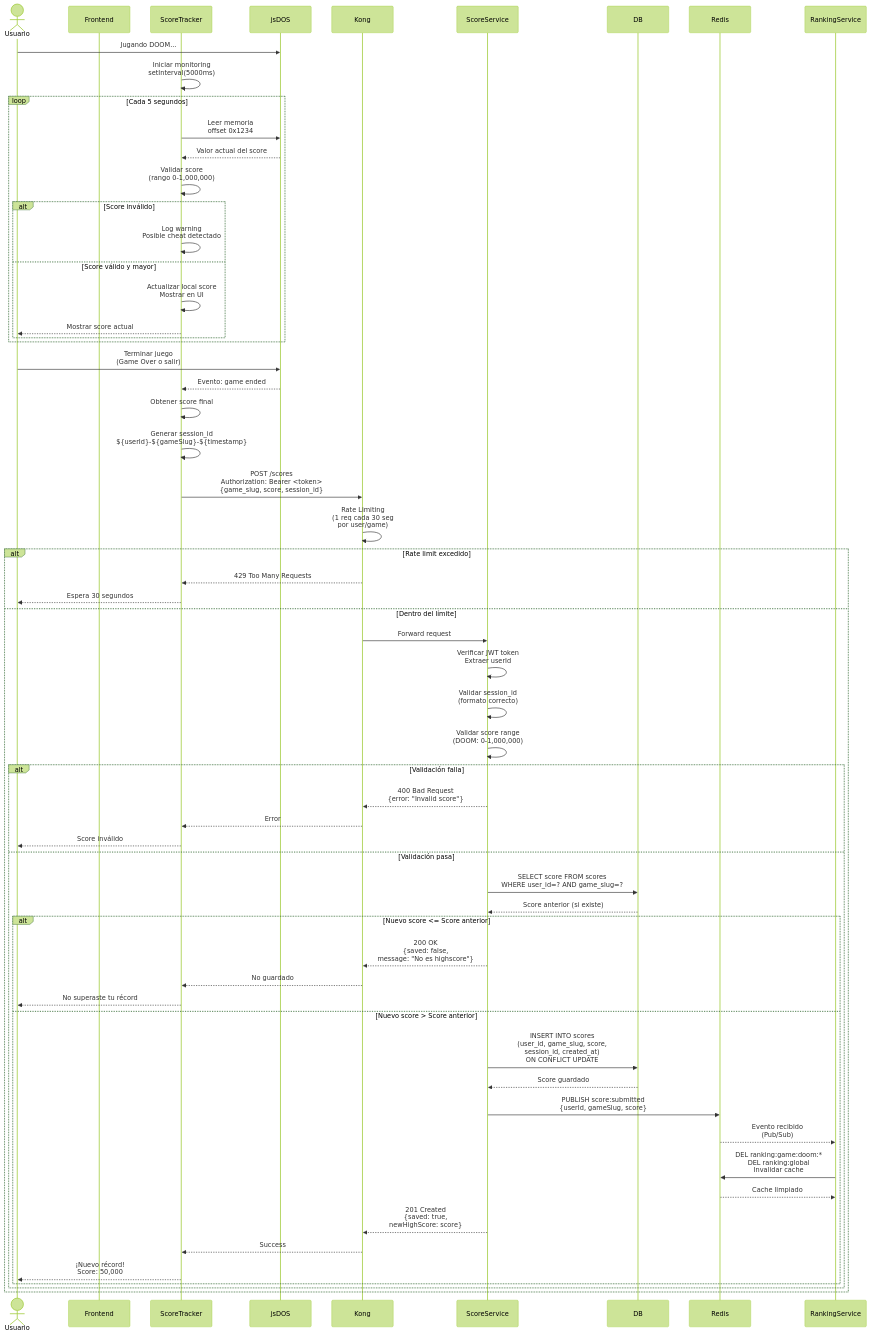
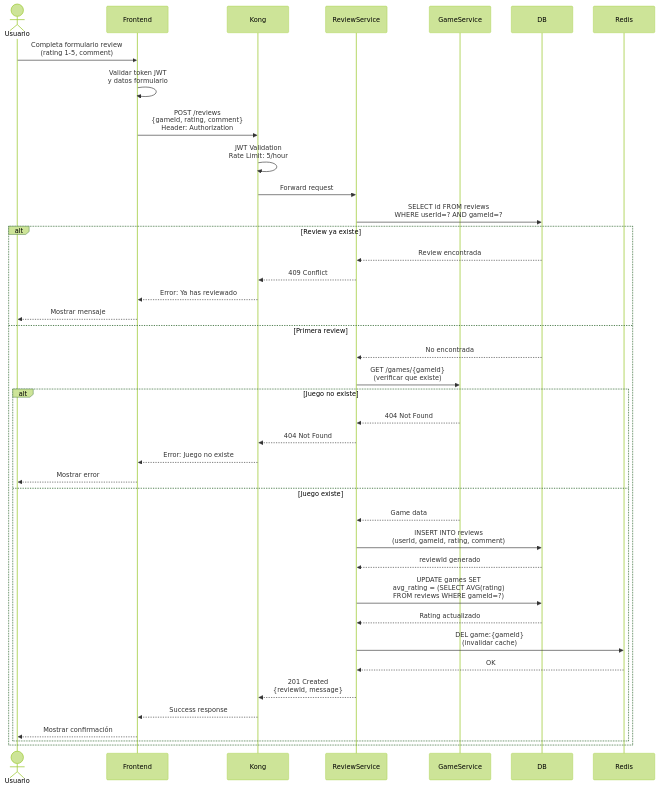
Before and after one commit to retrogamecloud/docs: the fifth of 7 diagrams in sequence-diagrams.mdx, drawn with Mermaid (forest theme). The commit also changed other lines of this file and 26 other files, not shown here.

````diff
--- a/sequence-diagrams.mdx
+++ b/sequence-diagrams.mdx
@@ -240,88 +213,54 @@
 sequenceDiagram
     actor Usuario
     participant Frontend
-    participant ScoreTracker
-    participant jsDOS
     participant Kong
-    participant ScoreService
+    participant ReviewService
+    participant GameService
     participant DB
     participant Redis
-    participant RankingService
 
-    Usuario->>jsDOS: Jugando DOOM...
+    Usuario->>Frontend: Completa formulario review<br/>(rating 1-5, comment)
 
-    ScoreTracker->>ScoreTracker: Iniciar monitoring<br/>setInterval(5000ms)
+    Frontend->>Frontend: Validar token JWT<br/>y datos formulario
 
-    loop Cada 5 segundos
-        ScoreTracker->>jsDOS: Leer memoria<br/>offset 0x1234
-        jsDOS-->>ScoreTracker: Valor actual del score
+    Frontend->>Kong: POST /reviews<br/>{gameId, rating, comment}<br/>Header: Authorization
 
-        ScoreTracker->>ScoreTracker: Validar score<br/>(rango 0-1,000,000)
+    Kong->>Kong: JWT Validation<br/>Rate Limit: 5/hour
 
-        alt Score inválido
-            ScoreTracker->>ScoreTracker: Log warning<br/>Posible cheat detectado
-        else Score válido y mayor
-            ScoreTracker->>ScoreTracker: Actualizar local score<br/>Mostrar en UI
-            ScoreTracker-->>Usuario: Mostrar score actual
+    Kong->>ReviewService: Forward request
+
+    ReviewService->>DB: SELECT id FROM reviews<br/>WHERE userId=? AND gameId=?
+
+    alt Review ya existe
+        DB-->>ReviewService: Review encontrada
+        ReviewService-->>Kong: 409 Conflict
+        Kong-->>Frontend: Error: Ya has reviewado
+        Frontend-->>Usuario: Mostrar mensaje
+    else Primera review
+        DB-->>ReviewService: No encontrada
+
+        ReviewService->>GameService: GET /games/{gameId}<br/>(verificar que existe)
+
+        alt Juego no existe
+            GameService-->>ReviewService: 404 Not Found
+            ReviewService-->>Kong: 404 Not Found
+            Kong-->>Frontend: Error: Juego no existe
+            Frontend-->>Usuario: Mostrar error
+        else Juego existe
+            GameService-->>ReviewService: Game data
+
+            ReviewService->>DB: INSERT INTO reviews<br/>(userId, gameId, rating, comment)
+            DB-->>ReviewService: reviewId generado
+
+            ReviewService->>DB: UPDATE games SET<br/>avg_rating = (SELECT AVG(rating)<br/>FROM reviews WHERE gameId=?)
+            DB-->>ReviewService: Rating actualizado
+
+            ReviewService->>Redis: DEL game:{gameId}<br/>(invalidar cache)
+            Redis-->>ReviewService: OK
+
+            ReviewService-->>Kong: 201 Created<br/>{reviewId, message}
+            Kong-->>Frontend: Success response
+            Frontend-->>Usuario: Mostrar confirmación
         end
     end
-
-    Usuario->>jsDOS: Terminar juego<br/>(Game Over o salir)
-
-    jsDOS-->>ScoreTracker: Evento: game ended
-
-    ScoreTracker->>ScoreTracker: Obtener score final
-    ScoreTracker->>ScoreTracker: Generar session_id<br/>${userId}-${gameSlug}-${timestamp}
-
-    ScoreTracker->>Kong: POST /scores<br/>Authorization: Bearer <token><br/>{game_slug, score, session_id}
-
-    Kong->>Kong: Rate Limiting<br/>(1 req cada 30 seg<br/>por user/game)
-
-    alt Rate limit excedido
-        Kong-->>ScoreTracker: 429 Too Many Requests
-        ScoreTracker-->>Usuario: Espera 30 segundos
-    else Dentro del límite
-        Kong->>ScoreService: Forward request
-
-        ScoreService->>ScoreService: Verificar JWT token<br/>Extraer userId
-
-        ScoreService->>ScoreService: Validar session_id<br/>(formato correcto)
-
-        ScoreService->>ScoreService: Validar score range<br/>(DOOM: 0-1,000,000)
-
-        alt Validación falla
-            ScoreService-->>Kong: 400 Bad Request<br/>{error: "Invalid score"}
-            Kong-->>ScoreTracker: Error
-            ScoreTracker-->>Usuario: Score inválido
-        else Validación pasa
-            ScoreService->>DB: SELECT score FROM scores<br/>WHERE user_id=? AND game_slug=?
-
-            DB-->>ScoreService: Score anterior (si existe)
-
-            alt Nuevo score <= Score anterior
-                ScoreService-->>Kong: 200 OK<br/>{saved: false,<br/> message: "No es highscore"}
-                Kong-->>ScoreTracker: No guardado
-                ScoreTracker-->>Usuario: No superaste tu récord
-            else Nuevo score > Score anterior
-                ScoreService->>DB: INSERT INTO scores<br/>(user_id, game_slug, score,<br/> session_id, created_at)<br/>ON CONFLICT UPDATE
-
-                DB-->>ScoreService: Score guardado
-
-                ScoreService->>Redis: PUBLISH score:submitted<br/>{userId, gameSlug, score}
-
-                Redis-->>RankingService: Evento recibido<br/>(Pub/Sub)
-
-                RankingService->>Redis: DEL ranking:game:doom:*<br/>DEL ranking:global<br/>Invalidar cache
-
-                Redis-->>RankingService: Cache limpiado
-
-                ScoreService-->>Kong: 201 Created<br/>{saved: true,<br/> newHighScore: score}
-
-                Kong-->>ScoreTracker: Success
-
-                ScoreTracker-->>Usuario: ¡Nuevo récord!<br/>Score: 50,000
-            end
-        end
-    end
-
 ```
````
